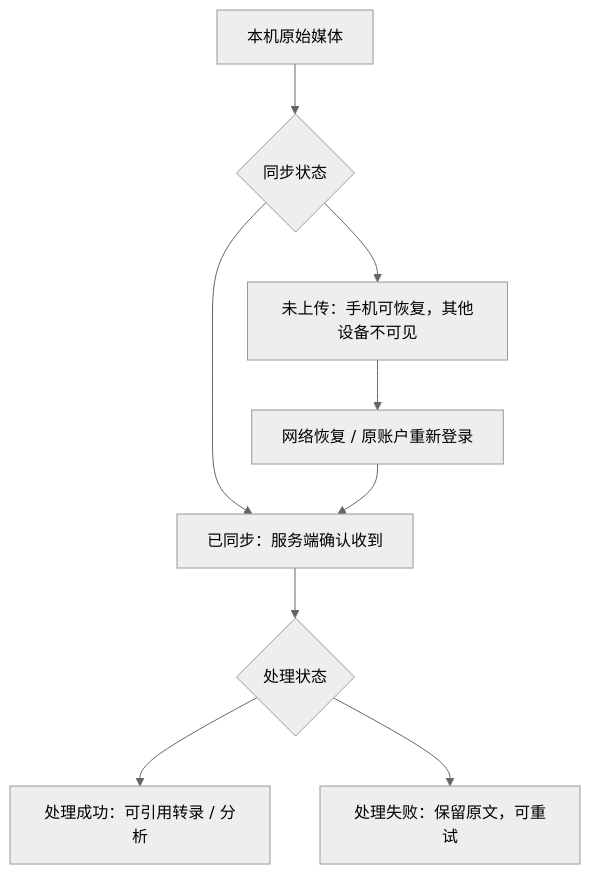
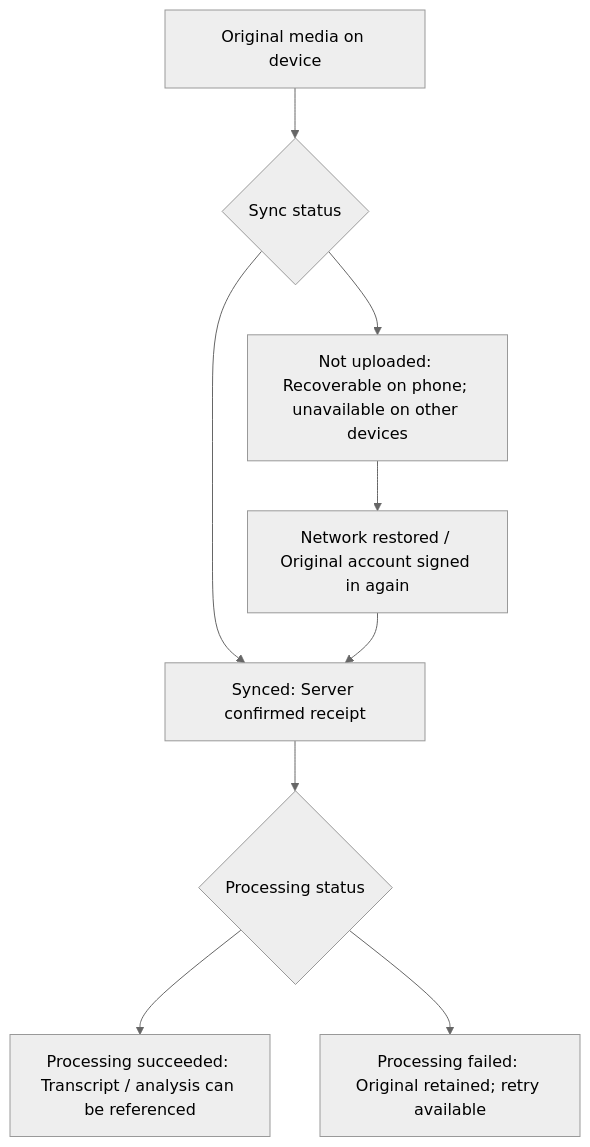
The third of 3 diagrams in docs/mobile-capture-ux.md (flyfy1/event-driven-context), drawn with Mermaid (neutral theme) before and after one commit. The commit also changed other lines of this file and 13 other files, not shown here.

```diff
--- a/docs/mobile-capture-ux.md
+++ b/docs/mobile-capture-ux.md
@@ -81,11 +83,11 @@
 ~~~mermaid
 flowchart TD
-    A["本机原始媒体"] --> B{"同步状态"}
-    B --> C["未上传：手机可恢复，其他设备不可见"]
-    B --> D["已同步：服务端确认收到"]
-    D --> E{"处理状态"}
-    E --> F["处理成功：可引用转录 / 分析"]
-    E --> G["处理失败：保留原文，可重试"]
-    C --> H["网络恢复 / 原账户重新登录"]
+    A["Original media on device"] --> B{"Sync status"}
+    B --> C["Not uploaded: Recoverable on phone; unavailable on other devices"]
+    B --> D["Synced: Server confirmed receipt"]
+    D --> E{"Processing status"}
+    E --> F["Processing succeeded: Transcript / analysis can be referenced"]
+    E --> G["Processing failed: Original retained; retry available"]
+    C --> H["Network restored / Original account signed in again"]
     H --> D
 ~~~
```
